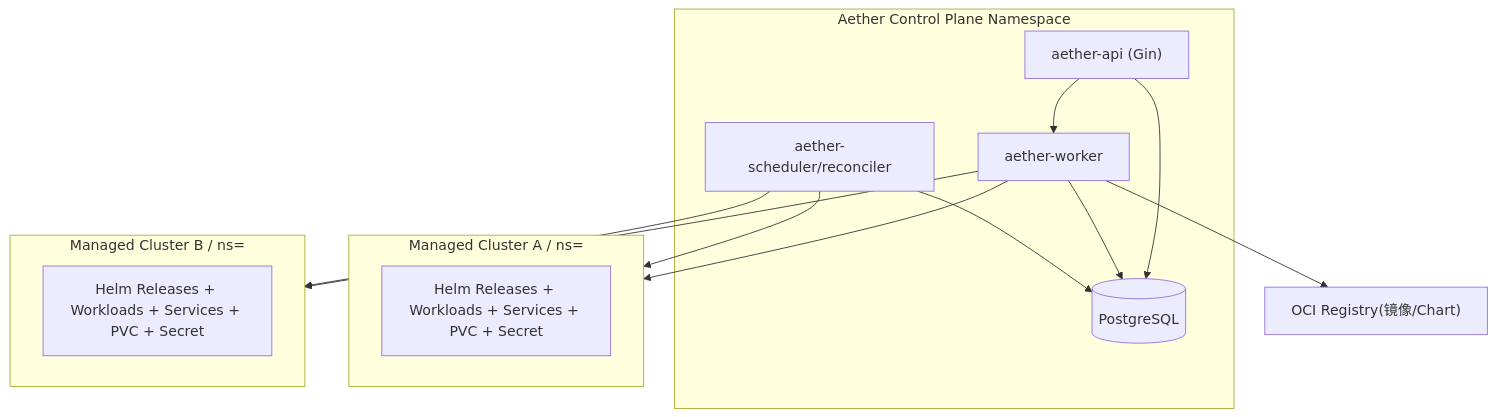
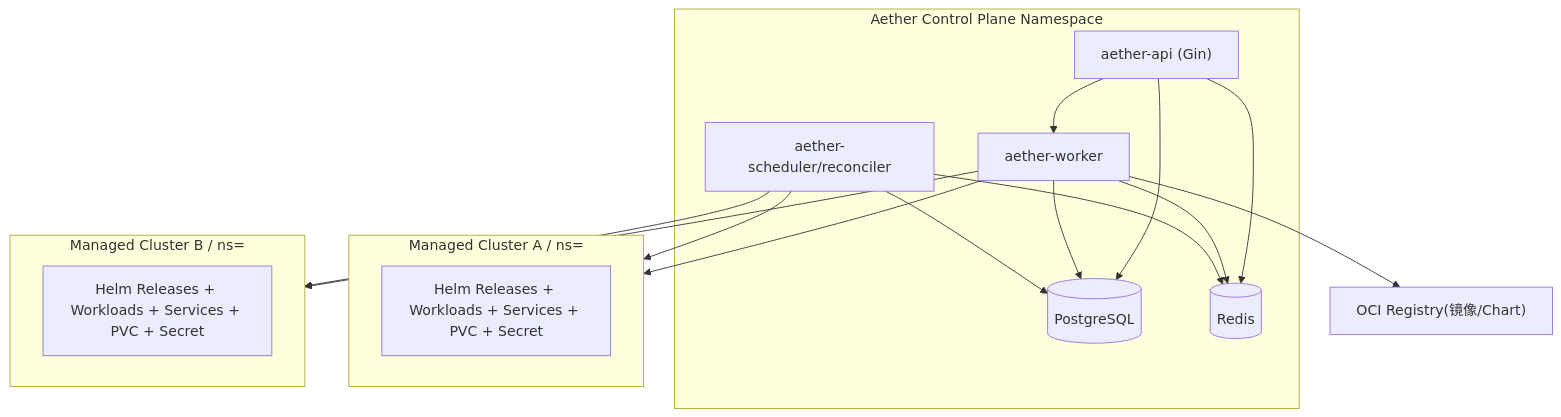
One commit to sentanl869/aether changed the third of 26 diagrams in docs/design.md. Above: the diagram before and after it, drawn with Mermaid. The commit also changed other lines of this file and 2 other files, not shown here.

Commit message:
[UPDATE]Complete T34 deployment-view Redis alignment and sync ADR-110 across design/decision/task docs

````diff
--- a/docs/design.md
+++ b/docs/design.md
@@ -389,29 +390,33 @@
 ```mermaid
 flowchart TB
   subgraph CP["Aether Control Plane Namespace"]
     APIS["aether-api (Gin)"]
     WORKER["aether-worker"]
     SCHED["aether-scheduler/reconciler"]
     DB[("PostgreSQL")]
+    RD[("Redis")]
   end
 
   subgraph C1["Managed Cluster A / ns=<workspace_name>"]
     R1["Helm Releases + Workloads + Services + PVC + Secret"]
   end
 
   subgraph C2["Managed Cluster B / ns=<workspace_name>"]
     R2["Helm Releases + Workloads + Services + PVC + Secret"]
   end
 
   OCI["OCI Registry(镜像/Chart)"]
 
   APIS --> DB
+  APIS --> RD
   WORKER --> DB
+  WORKER --> RD
   SCHED --> DB
+  SCHED --> RD
   APIS --> WORKER
   WORKER --> C1
   WORKER --> C2
   WORKER --> OCI
   SCHED --> C1
   SCHED --> C2
 ```
````
